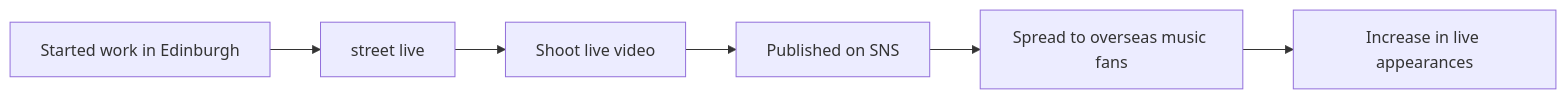
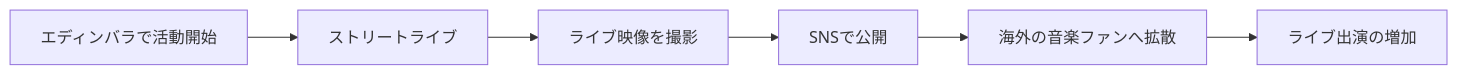
Before and after one commit to monumental-movement/monumental-movement.github.io: the first of 16 diagrams in en/_posts/2026-08-04-column-high-fade.md, drawn with Mermaid. The commit also changed other lines of this file and 2196 other files, not shown here.

```diff
--- a/en/_posts/2026-08-04-column-high-fade.md
+++ b/en/_posts/2026-08-04-column-high-fade.md
@@ -251,15 +250,15 @@
 <div class="mermaid">
 flowchart LR
-A[Started work in Edinburgh]
-B[street live]
-C[Shoot live video]
-D[Published on SNS]
-E[Spread to overseas music fans]
-F[Increase in live appearances]
+A[エディンバラで活動開始]
+B[ストリートライブ]
+C[ライブ映像を撮影]
+D[SNSで公開]
+E[海外の音楽ファンへ拡散]
+F[ライブ出演の増加]
 
 A --> B
 B --> C
 C --> D
 D --> E
 E --> F
 </div>
```
